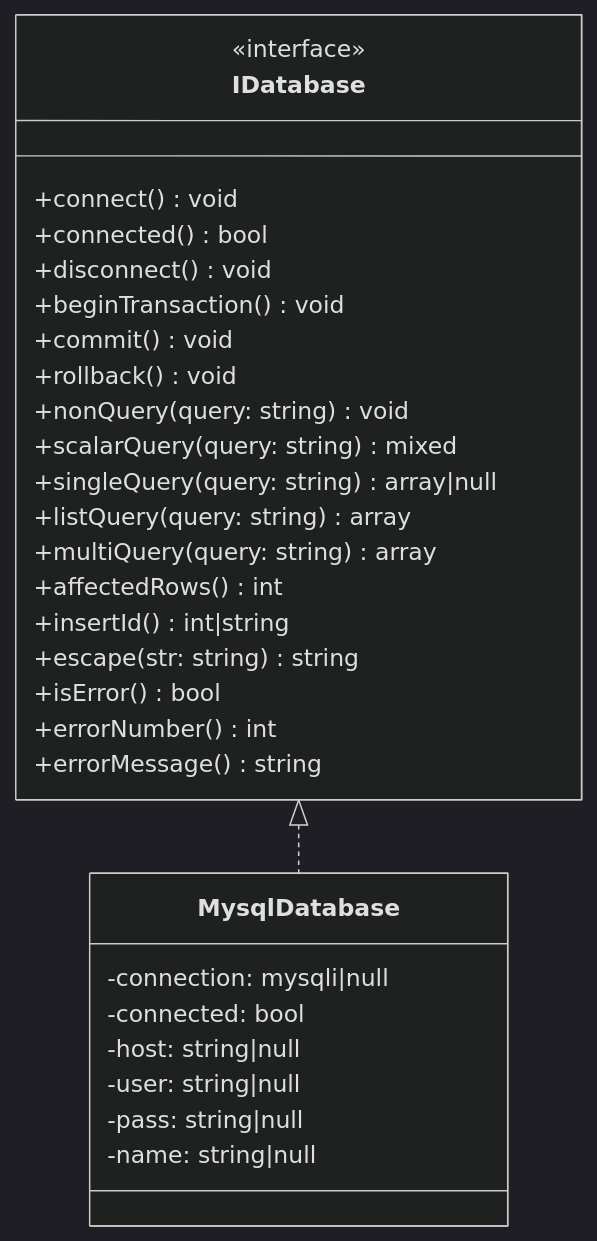
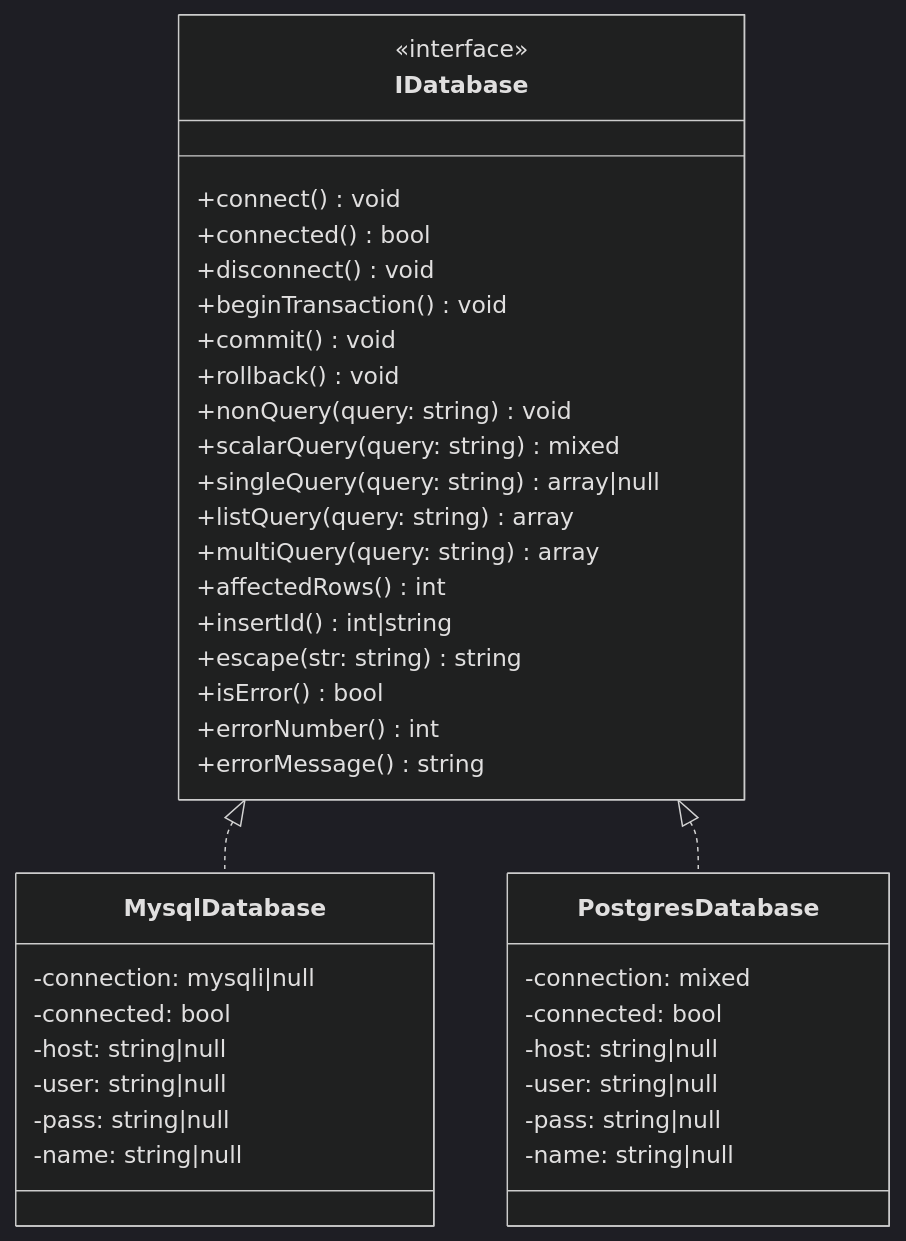
The second of 7 diagrams in docs/databases.md (ddbase3/Base3Framework), drawn with Mermaid (dark theme) before and after one commit. The commit also changed other lines of this file and 32 other files, not shown here.

````diff
--- a/docs/databases.md
+++ b/docs/databases.md
@@ -72,34 +73,44 @@
 ```mermaid
 classDiagram
     class IDatabase {
         <<interface>>
         +connect() void
         +connected() bool
         +disconnect() void
         +beginTransaction() void
         +commit() void
         +rollback() void
         +nonQuery(query: string) void
         +scalarQuery(query: string) mixed
         +singleQuery(query: string) array|null
         +listQuery(query: string) array
         +multiQuery(query: string) array
         +affectedRows() int
         +insertId() int|string
         +escape(str: string) string
         +isError() bool
         +errorNumber() int
         +errorMessage() string
     }
 
     class MysqlDatabase {
         -connection: mysqli|null
         -connected: bool
         -host: string|null
         -user: string|null
         -pass: string|null
         -name: string|null
     }
 
+    class PostgresDatabase {
+        -connection: mixed
+        -connected: bool
+        -host: string|null
+        -user: string|null
+        -pass: string|null
+        -name: string|null
+    }
+
     IDatabase <|.. MysqlDatabase
+    IDatabase <|.. PostgresDatabase
 ```
````
